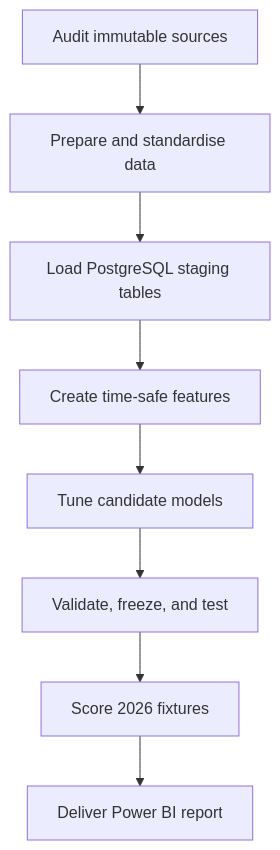
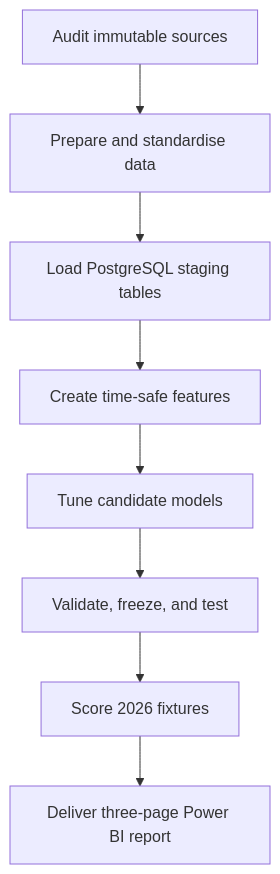
Before and after one commit to Aulymos/afl-matchday-demand-forecasting: the diagram in README.md, drawn with Mermaid. The commit also changed other lines of this file and 8 other files, not shown here.

````diff
--- a/README.md
+++ b/README.md
@@ -51,10 +60,10 @@
 ```mermaid
 flowchart TD
     A[Audit immutable sources] --> B[Prepare and standardise data]
     B --> C[Load PostgreSQL staging tables]
     C --> D[Create time-safe features]
     D --> E[Tune candidate models]
     E --> F[Validate, freeze, and test]
     F --> G[Score 2026 fixtures]
-    G --> H[Deliver Power BI report]
+    G --> H[Deliver three-page Power BI report]
 ```
````
